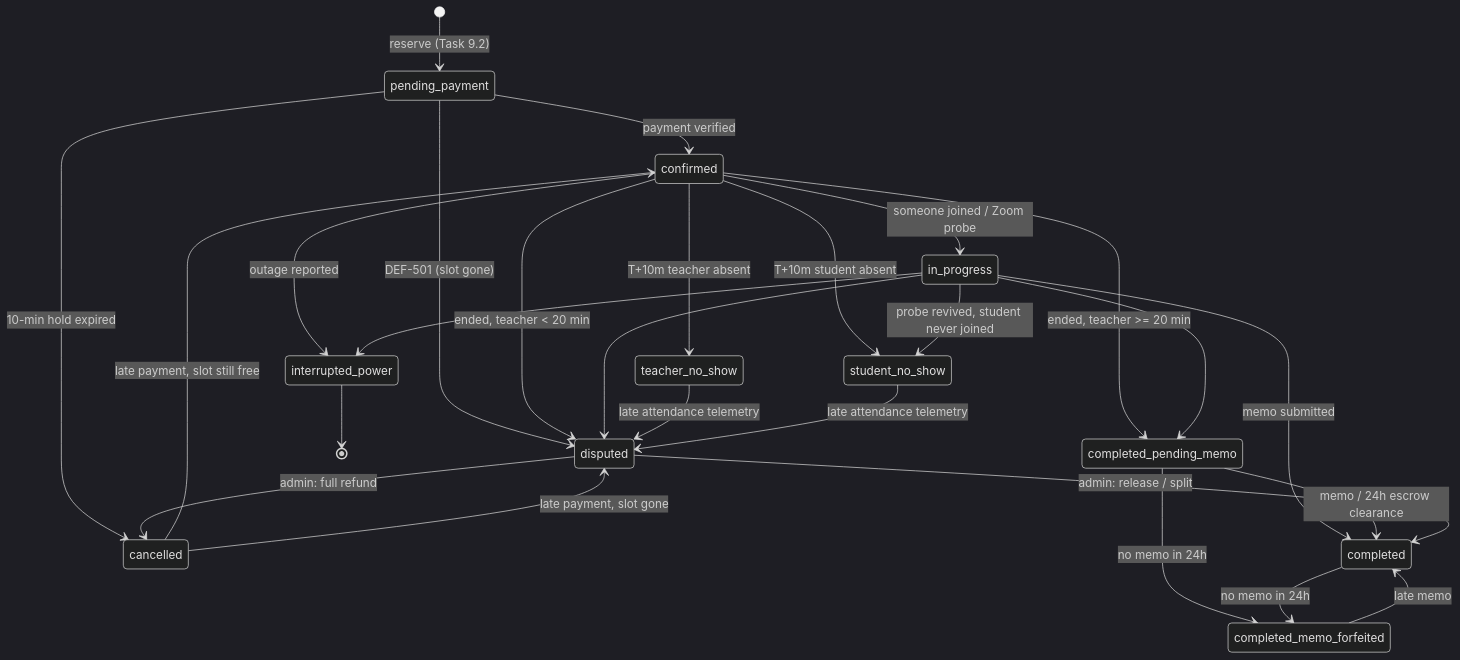
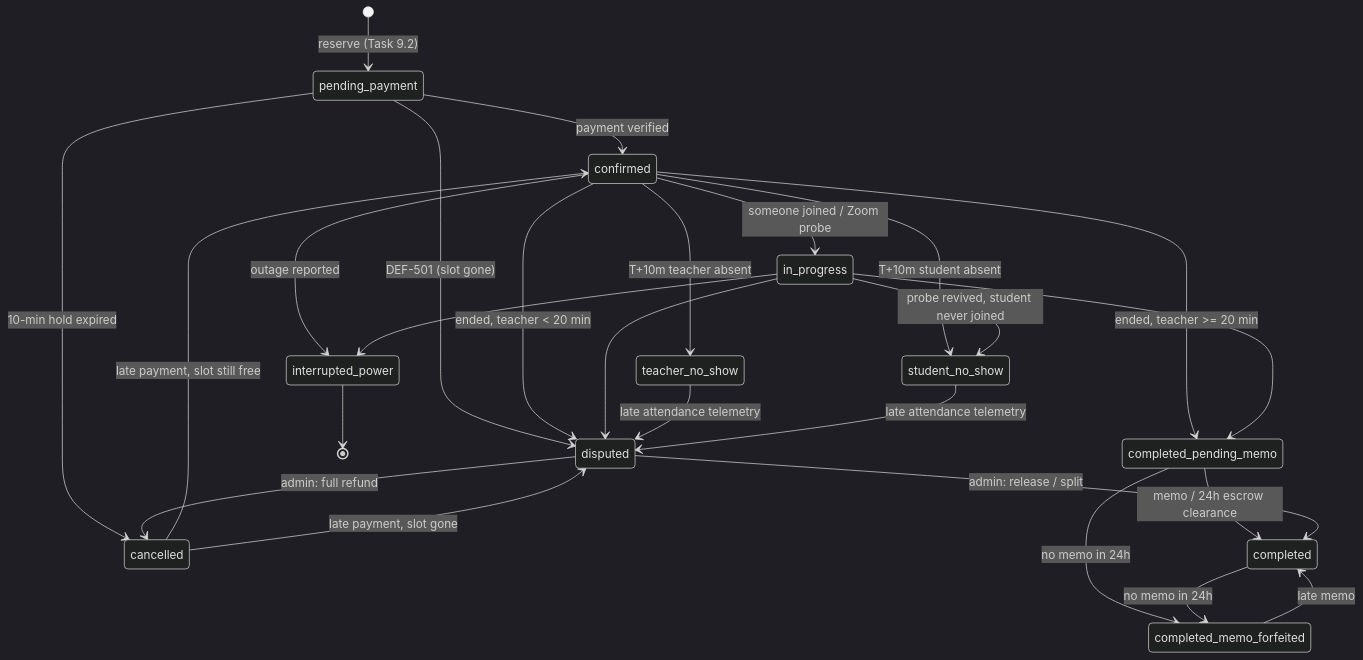
Before and after one commit to sharonremotedeveloper/SharonOnline: the diagram in docs/BOOKING_STATE_MACHINE.md, drawn with Mermaid (dark theme). The commit also changed other lines of this file and 14 other files, not shown here.

````diff
--- a/docs/BOOKING_STATE_MACHINE.md
+++ b/docs/BOOKING_STATE_MACHINE.md
@@ -22,29 +22,28 @@
 ```mermaid
 stateDiagram-v2
     [*] --> pending_payment: reserve (Task 9.2)
     pending_payment --> confirmed: payment verified
     pending_payment --> cancelled: 10-min hold expired
     pending_payment --> disputed: DEF-501 (slot gone)
     cancelled --> confirmed: late payment, slot still free
     cancelled --> disputed: late payment, slot gone
     confirmed --> in_progress: someone joined / Zoom probe
     confirmed --> teacher_no_show: T+10m teacher absent
     confirmed --> student_no_show: T+10m student absent
     confirmed --> interrupted_power: outage reported
     confirmed --> completed_pending_memo: ended, teacher >= 20 min
     confirmed --> disputed: ended, teacher < 20 min
     in_progress --> completed_pending_memo
     in_progress --> disputed
     in_progress --> interrupted_power
     in_progress --> student_no_show: probe revived, student never joined
-    in_progress --> completed: memo submitted
     teacher_no_show --> disputed: late attendance telemetry
     student_no_show --> disputed: late attendance telemetry
     completed_pending_memo --> completed: memo / 24h escrow clearance
     completed_pending_memo --> completed_memo_forfeited: no memo in 24h
     completed --> completed_memo_forfeited: no memo in 24h
     completed_memo_forfeited --> completed: late memo
     disputed --> cancelled: admin: full refund
     disputed --> completed: admin: release / split
     interrupted_power --> [*]
 ```
````
